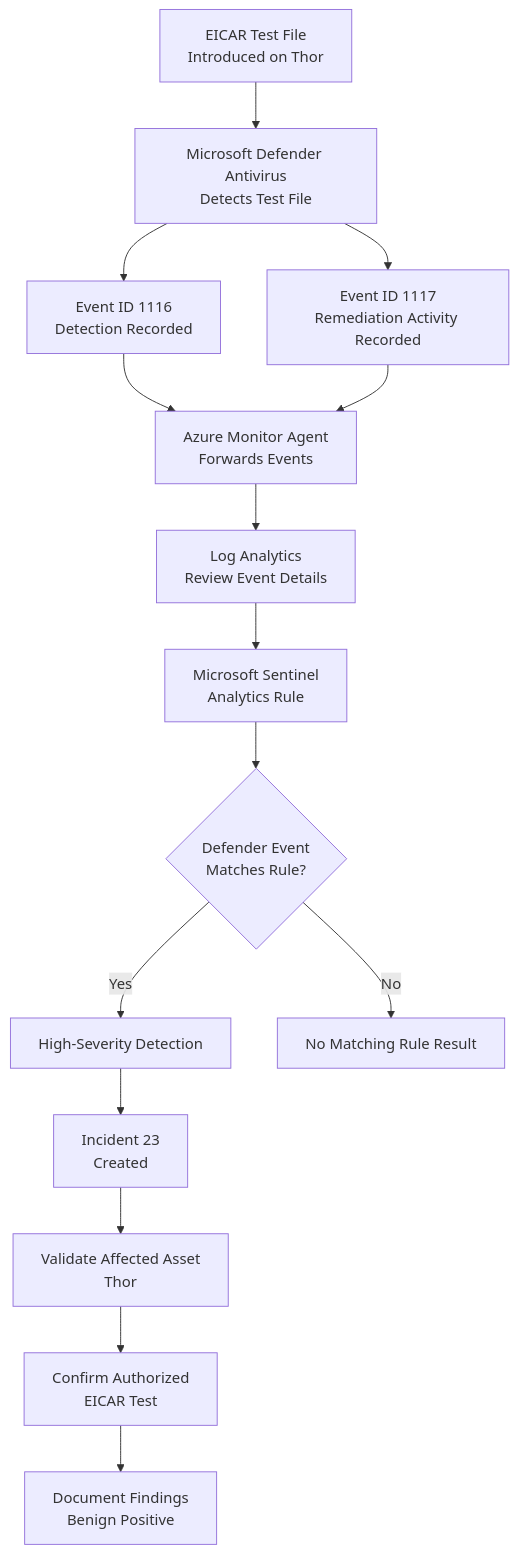
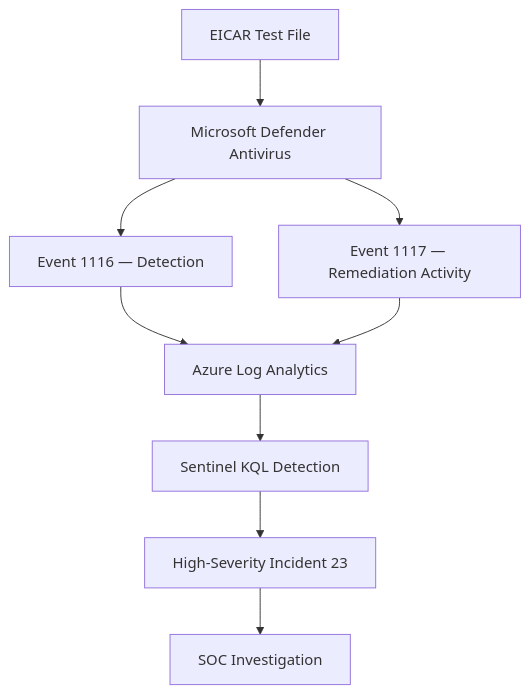
One commit to CyberAmal/microsoft-sentinel-cloud-soc changed the second of 2 diagrams in investigations/03-defender-malware-detection/README.md. Above: the diagram before and after it, drawn with Mermaid. The commit also changed other lines of this file, not shown here.

````diff
--- a/investigations/03-defender-malware-detection/README.md
+++ b/investigations/03-defender-malware-detection/README.md
@@ -315,32 +99,11 @@
 ```mermaid
 flowchart TD
-    A["EICAR Test File<br/>Introduced on Thor"]
-    B["Microsoft Defender Antivirus<br/>Detects Test File"]
-    C["Event ID 1116<br/>Detection Recorded"]
-    D["Event ID 1117<br/>Remediation Activity Recorded"]
-    E["Azure Monitor Agent<br/>Forwards Events"]
-    F["Log Analytics<br/>Review Event Details"]
-    G["Microsoft Sentinel<br/>Analytics Rule"]
-    H{"Defender Event<br/>Matches Rule?"}
-    I["High-Severity Detection"]
-    J["Incident 23<br/>Created"]
-    K["Validate Affected Asset<br/>Thor"]
-    L["Confirm Authorized<br/>EICAR Test"]
-    M["Document Findings<br/>Benign Positive"]
-    N["No Matching Rule Result"]
-
-    A --> B
-    B --> C
-    B --> D
-    C --> E
+    A["EICAR Test File"] --> B["Microsoft Defender Antivirus"]
+    B --> C["Event 1116 — Detection"]
+    B --> D["Event 1117 — Remediation Activity"]
+    C --> E["Azure Log Analytics"]
     D --> E
-    E --> F
-    F --> G
-    G --> H
-    H -->|Yes| I
-    H -->|No| N
-    I --> J
-    J --> K
-    K --> L
-    L --> M
+    E --> F["Sentinel KQL Detection"]
+    F --> G["High-Severity Incident 23"]
+    G --> H["SOC Investigation"]
 ```
````
